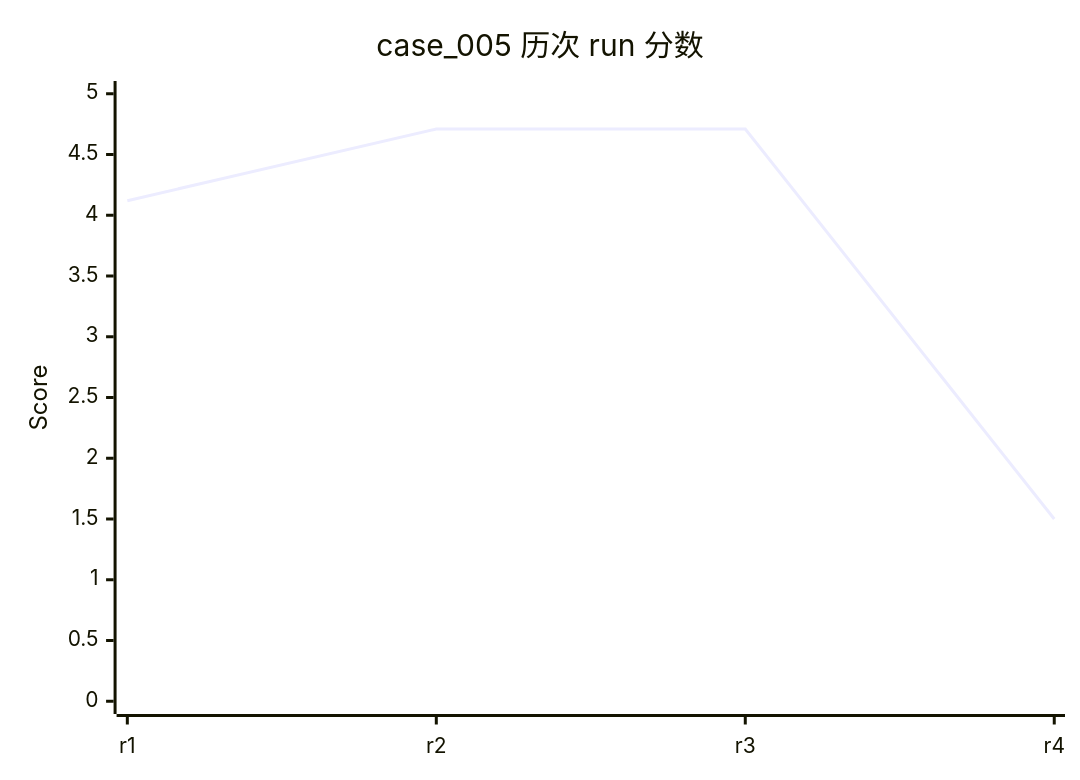
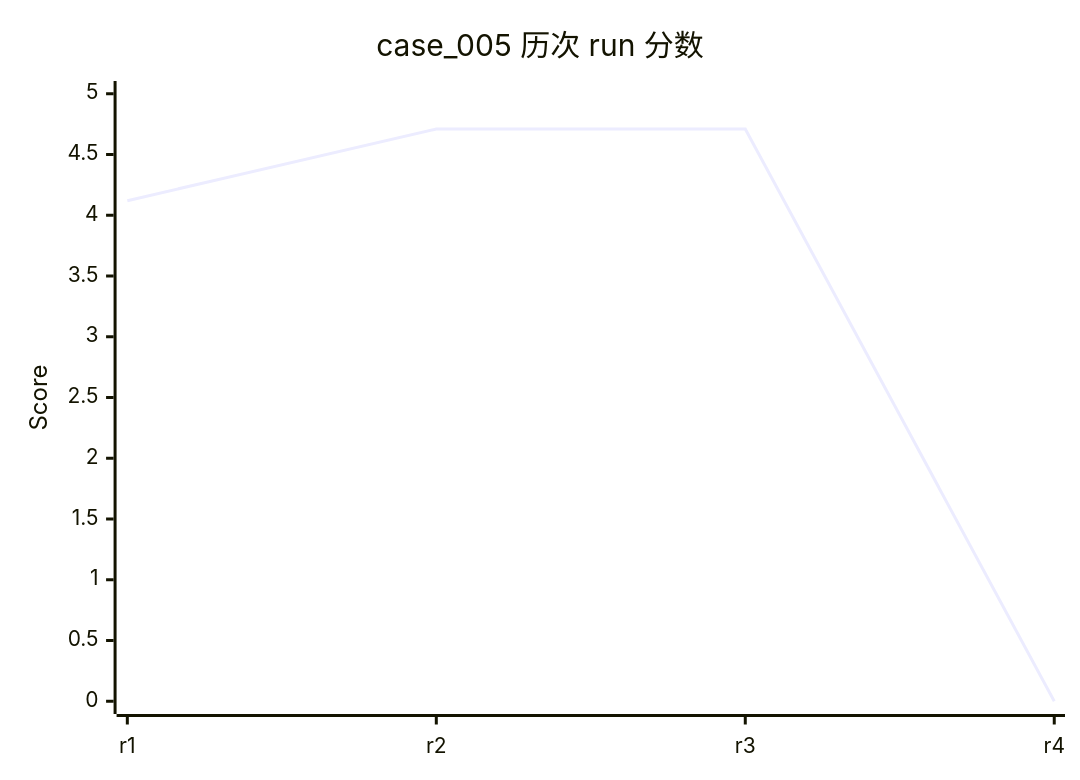
Before and after one commit to rushengzhou/sid-code: diagram 11 of 58 in evals/DASHBOARD.md, drawn with Mermaid. The commit also changed other lines of this file and 49 other files, not shown here.

````diff
--- a/evals/DASHBOARD.md
+++ b/evals/DASHBOARD.md
@@ -289,7 +294,7 @@
 ```mermaid
 xychart-beta
     title "case_005 历次 run 分数"
     x-axis [r1, r2, r3, r4]
     y-axis "Score" 0 --> 5
-    line [4.12, 4.71, 4.71, 1.50]
+    line [4.12, 4.71, 4.71, 0]
 ```
````
